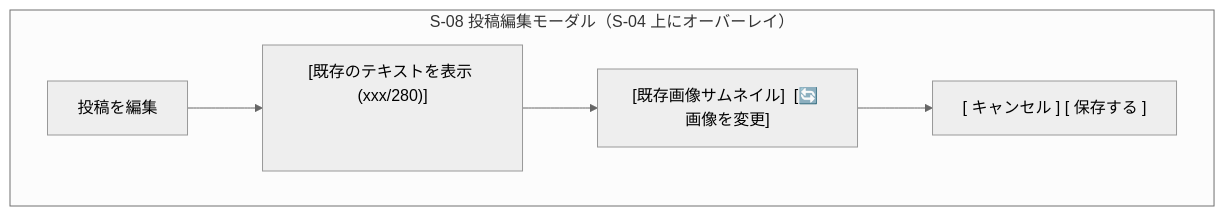
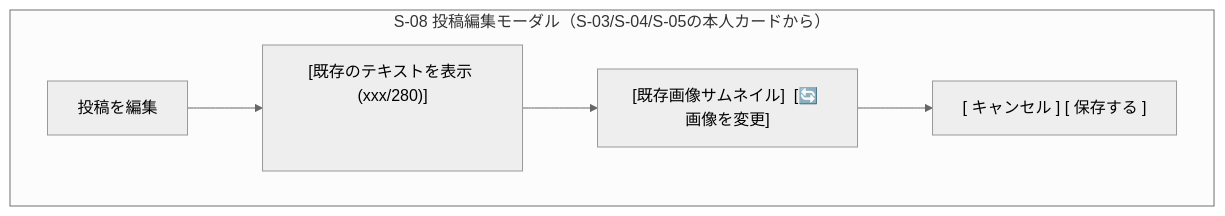
One commit to yamamotonaoki3/RaiseTimeLine changed the eighth of 11 diagrams in docs/details/wireframes.md. Above: the diagram before and after it, drawn with Mermaid (neutral theme). The commit also changed other lines of this file and 27 other files, not shown here.

````diff
--- a/docs/details/wireframes.md
+++ b/docs/details/wireframes.md
@@ -117,10 +117,10 @@
 ```mermaid
 flowchart TB
-    subgraph S08["S-08 投稿編集モーダル（S-04 上にオーバーレイ）"]
+    subgraph S08["S-08 投稿編集モーダル（S-03/S-04/S-05の本人カードから）"]
         Title["投稿を編集"]
         TextArea["[既存のテキストを表示 (xxx/280)]\n\n\n"]
         ImageArea["[既存画像サムネイル]  [🔄 画像を変更]"]
         Actions["[ キャンセル ]  [ 保存する ]"]
         Title --> TextArea --> ImageArea --> Actions
     end
 ```
````
